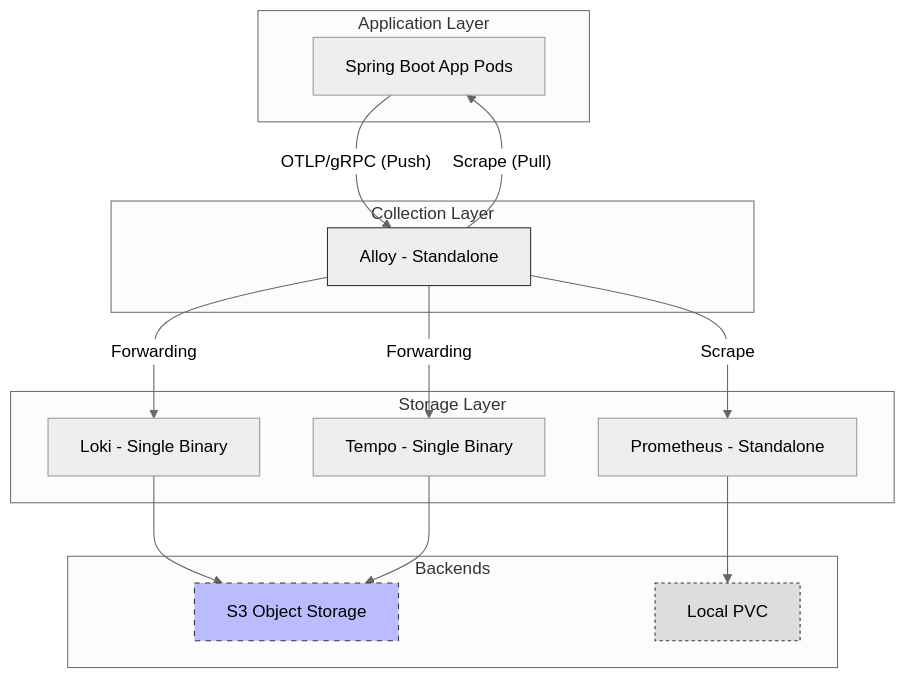
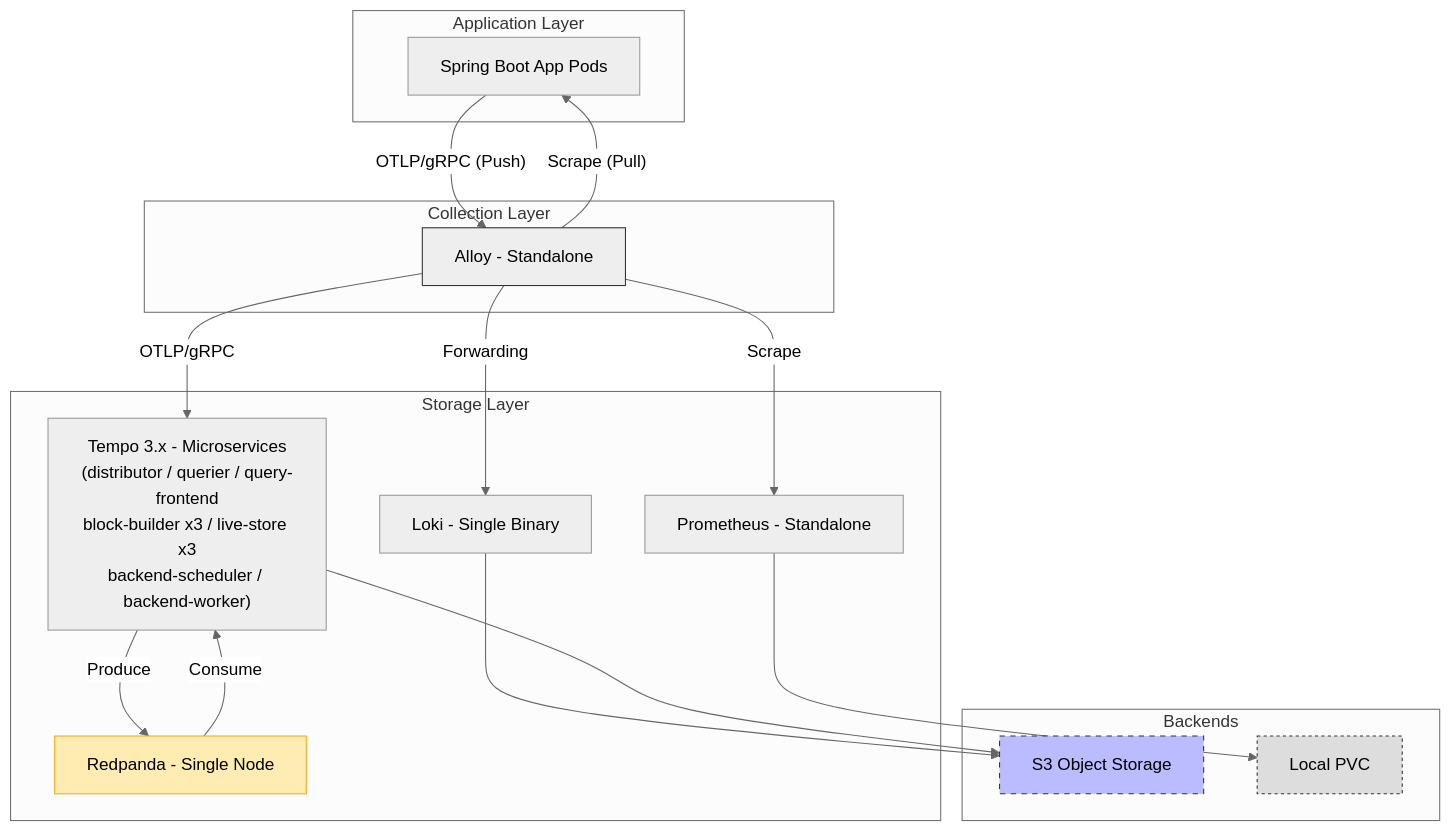
One commit to bwgjoseph/spring-boot-lgtm changed the first of 2 diagrams in ARCHITECTURE.md. Above: the diagram before and after it, drawn with Mermaid (neutral theme). The commit also changed other lines of this file and 21 other files, not shown here.

Commit message:
feat: configure redpanda chart for tempo 3.x

````diff
--- a/ARCHITECTURE.md
+++ b/ARCHITECTURE.md
@@ -29,36 +29,41 @@
 ```mermaid
 graph TD
     subgraph Apps [Application Layer]
         App1[Spring Boot App Pods]
     end
 
     subgraph Collection [Collection Layer]
         AlloyDev[Alloy - Standalone]
     end
 
     subgraph Storage [Storage Layer]
         LokiDev[Loki - Single Binary]
-        TempoDev[Tempo - Single Binary]
+        RedpandaDev[Redpanda - Single Node]
+        TempoDev["Tempo 3.x - Microservices\n(distributor / querier / query-frontend\nblock-builder x3 / live-store x3\nbackend-scheduler / backend-worker)"]
         MimirDev[Prometheus - Standalone]
     end
 
     subgraph Backends [Backends]
         S3[S3 Object Storage]
         PVC[Local PVC]
     end
 
     App1 -- "OTLP/gRPC (Push)" --> AlloyDev
     AlloyDev -- "Scrape (Pull)" --> App1
     
     AlloyDev -- "Forwarding" --> LokiDev
-    AlloyDev -- "Forwarding" --> TempoDev
+    AlloyDev -- "OTLP/gRPC" --> TempoDev
     AlloyDev -- "Scrape" --> MimirDev
+
+    TempoDev -- "Produce" --> RedpandaDev
+    RedpandaDev -- "Consume" --> TempoDev
 
     LokiDev --> S3
     TempoDev --> S3
     MimirDev --> PVC
 
     style AlloyDev fill:#eee,stroke:#333
+    style RedpandaDev fill:#ffecb3,stroke:#f9a825
     style S3 fill:#bbf,stroke:#333,stroke-dasharray: 5 5
     style PVC fill:#ddd,stroke:#333,stroke-dasharray: 3 3
 ```
````
